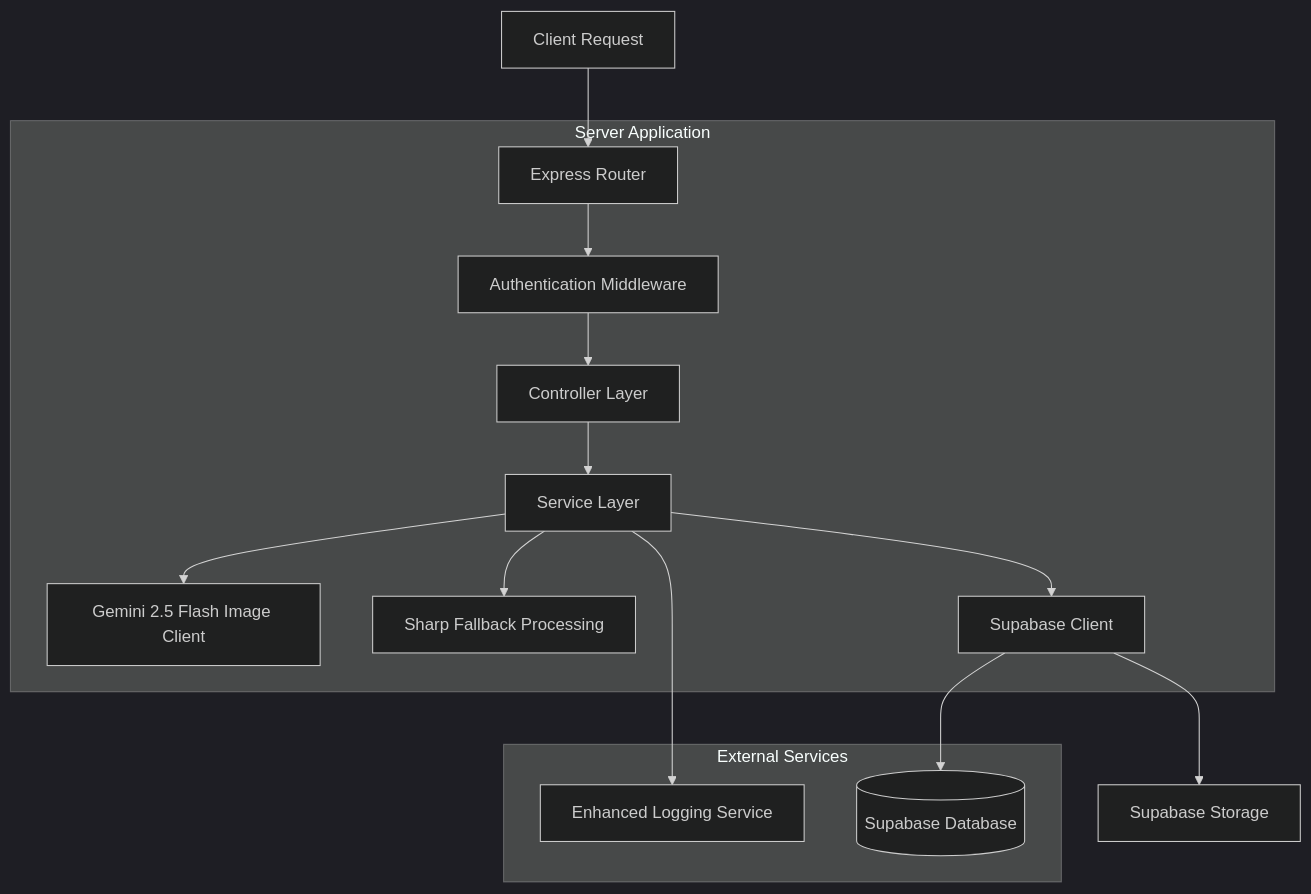
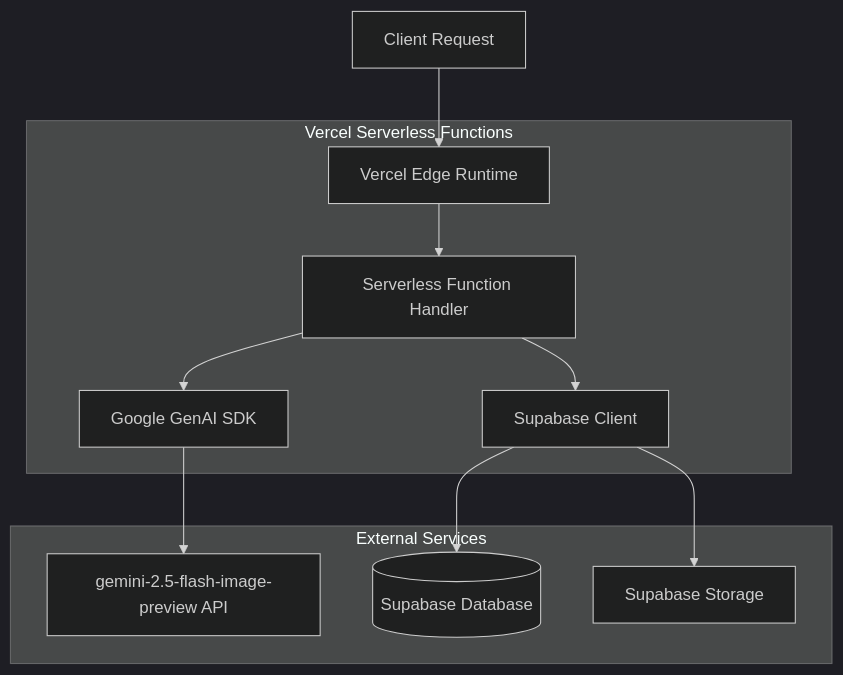
The second of 4 diagrams in .trae/documents/technical_architecture.md (ambershen/trae-solo-nano-banana-demo), drawn with Mermaid (dark theme) before and after one commit. The commit also changed other lines of this file and 40 other files, not shown here.

First line of the commit message:
refactor(api): migrate to serverless architecture and update image generation

````diff
--- a/.trae/documents/technical_architecture.md
+++ b/.trae/documents/technical_architecture.md
@@ -171,28 +179,23 @@
 ```mermaid
 graph TD
-  A[Client Request] --> B[Express Router]
-  B --> C[Authentication Middleware]
-  C --> D[Controller Layer]
-  D --> E[Service Layer]
-  E --> F[Gemini 2.5 Flash Image Client]
-  E --> G[Sharp Fallback Processing]
-  E --> H[Supabase Client]
-  E --> I[Enhanced Logging Service]
-  H --> J[(Supabase Database)]
-  H --> K[Supabase Storage]
+  A[Client Request] --> B[Vercel Edge Runtime]
+  B --> C[Serverless Function Handler]
+  C --> D[Google GenAI SDK]
+  C --> F[Supabase Client]
+  D --> G[gemini-2.5-flash-image-preview API]
+  F --> H[(Supabase Database)]
+  F --> I[Supabase Storage]
 
-  subgraph "Server Application"
+  subgraph "Vercel Serverless Functions"
     B
     C
     D
-    E
     F
-    G
-    H
   end
 
   subgraph "External Services"
+    G
+    H
     I
-    J
   end
 ```
````
